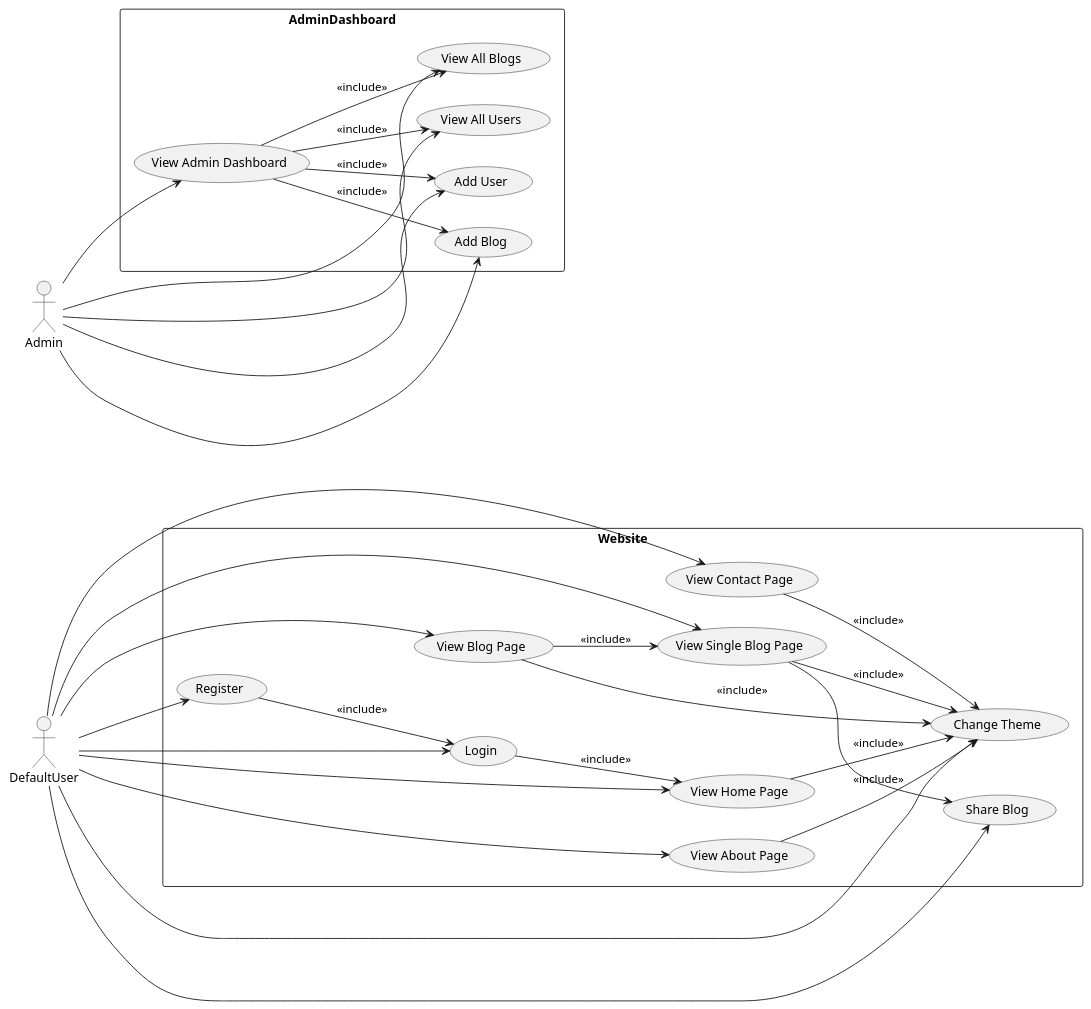
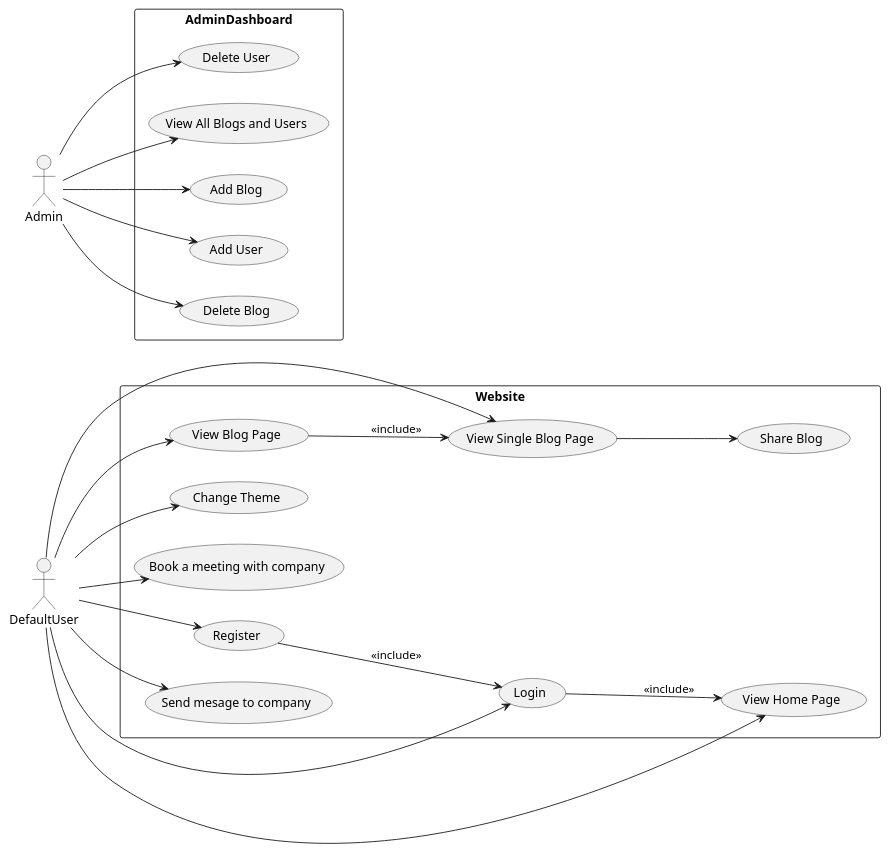
One commit to minhtran241/nextcorp changed the diagram in frontend/docs/diagrams/src/usecase.wsd. Above: the diagram before and after it, drawn with PlantUML. The commit also changed 23 other files, not shown here.

```diff
--- a/frontend/docs/diagrams/src/usecase.wsd
+++ b/frontend/docs/diagrams/src/usecase.wsd
@@ -1,55 +1,45 @@
 @startuml
 left to right direction
 actor DefaultUser as U
 actor Admin as A
 
 rectangle Website {
     usecase "Login" as UC1
     usecase "Register" as UC2
     usecase "View Home Page" as UC3
-    usecase "View About Page" as UC4
-    usecase "View Contact Page" as UC5
+    usecase "Send mesage to company" as UC5
     usecase "View Blog Page" as UC6
     usecase "View Single Blog Page" as UC7
     usecase "Share Blog" as UC8
     usecase "Change Theme" as UC9
+    usecase "Book a meeting with company" as UC15
     UC1 --> UC3 : <<include>>
-	UC2 --> UC1 : <<include>>
-    UC3 --> UC9 : <<include>>
-    UC4 --> UC9 : <<include>>
-    UC5 --> UC9 : <<include>>
-    UC6 --> UC9 : <<include>>
-    UC7 --> UC9 : <<include>>
+	  UC2 --> UC1 : <<include>>
     UC7 --> UC8
     UC6 --> UC7 : <<include>>
 }
 
 rectangle AdminDashboard {
-    usecase "View Admin Dashboard" as UC10
-    usecase "View All Blogs" as UC11
-    usecase "View All Users" as UC12
+    usecase "View All Blogs and Users" as UC11
     usecase "Add Blog" as UC13
     usecase "Add User" as UC14
-    UC10 --> UC11 : <<include>>
-    UC10 --> UC12 : <<include>>
-    UC10 --> UC13 : <<include>>
-    UC10 --> UC14 : <<include>>
+    usecase "Delete Blog" as UC16
+    usecase "Delete User" as UC17
 }
 
 U --> UC1
 U --> UC2
 U --> UC3
-U --> UC4
 U --> UC5
 U --> UC6
 U --> UC7
-U --> UC8
 U --> UC9
+U --> UC15
 
-A --> UC10
 A --> UC11
-A --> UC12
 A --> UC13
 A --> UC14
+A --> UC16
+A --> UC17
 
 @enduml
```
